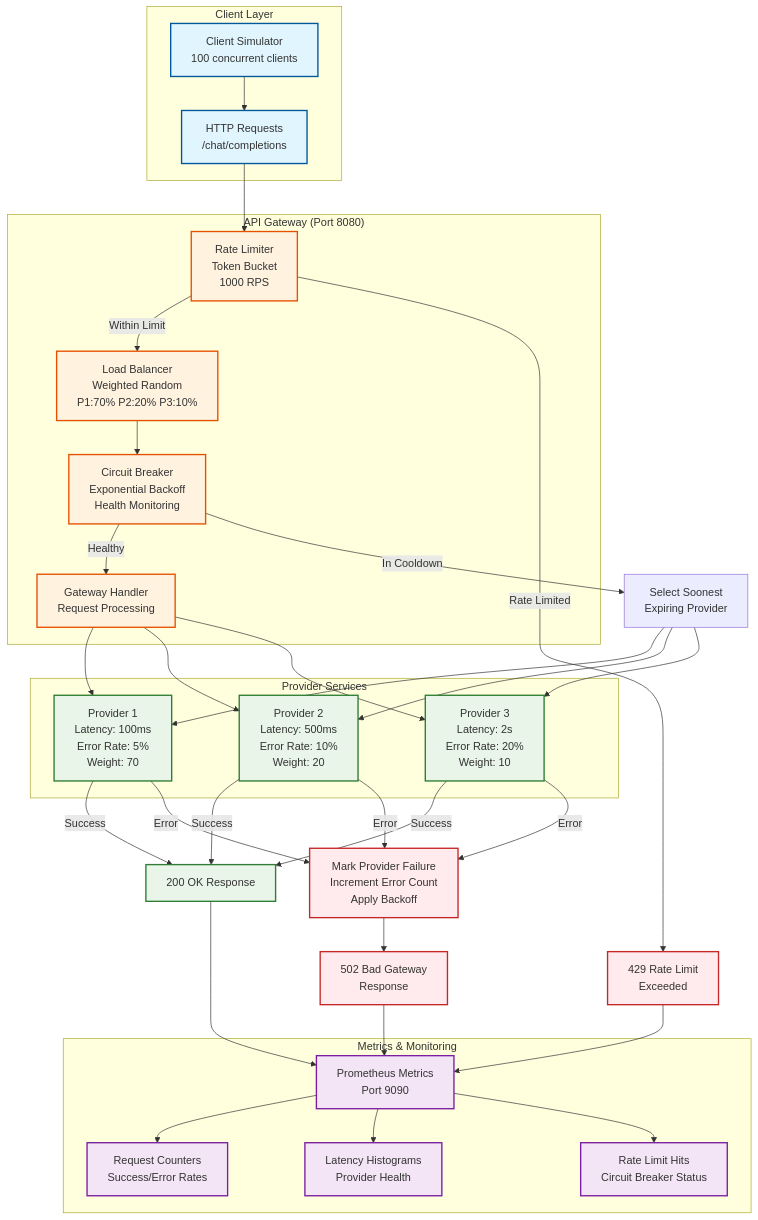
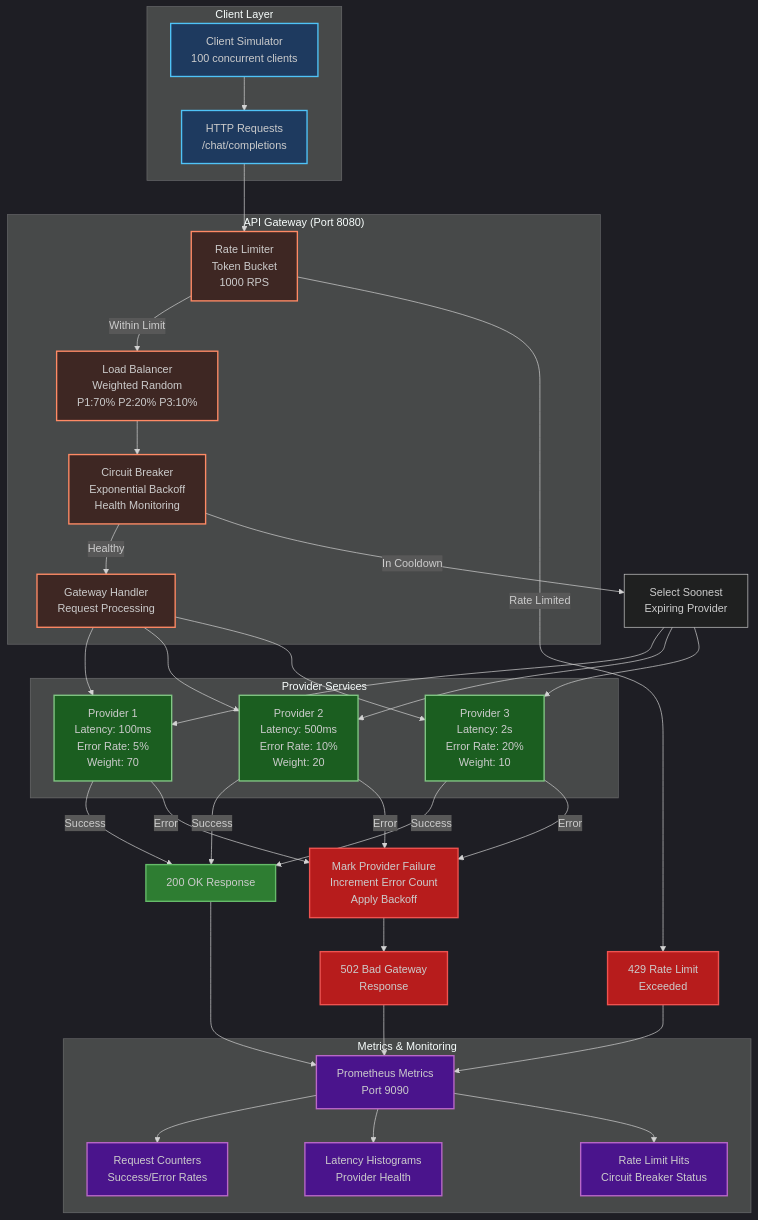
Before and after one commit to yranjan06/Learning-Projects: the first of 3 diagrams in API Gateway Simulator /README.md, drawn with Mermaid. The commit also changed other lines of this file, not shown here.

Commit message:
Update Mermaid diagrams to use dark theme for better visibility

````diff
--- a/API Gateway Simulator /README.md
+++ b/API Gateway Simulator /README.md
@@ -7,4 +7,5 @@
 ```mermaid
+%%{init: {'theme': 'dark'}}%%
 graph TB
     %% Client Layer
     subgraph "Client Layer"
@@ -72,12 +73,12 @@
     M1 --> M4
 
     %% Styling
-    classDef clientClass fill:#e1f5fe,stroke:#01579b,stroke-width:2px
-    classDef gatewayClass fill:#fff3e0,stroke:#e65100,stroke-width:2px
-    classDef providerClass fill:#e8f5e8,stroke:#2e7d32,stroke-width:2px
-    classDef metricsClass fill:#f3e5f5,stroke:#7b1fa2,stroke-width:2px
-    classDef errorClass fill:#ffebee,stroke:#c62828,stroke-width:2px
-    classDef successClass fill:#e8f5e8,stroke:#2e7d32,stroke-width:2px
+    classDef clientClass fill:#1e3a5f,stroke:#4fc3f7,stroke-width:2px
+    classDef gatewayClass fill:#3e2723,stroke:#ff8a65,stroke-width:2px
+    classDef providerClass fill:#1b5e20,stroke:#81c784,stroke-width:2px
+    classDef metricsClass fill:#4a148c,stroke:#ba68c8,stroke-width:2px
+    classDef errorClass fill:#b71c1c,stroke:#ef5350,stroke-width:2px
+    classDef successClass fill:#2e7d32,stroke:#66bb6a,stroke-width:2px
 
     class C1,C2 clientClass
     class RL,LB,CB,GW gatewayClass
````
